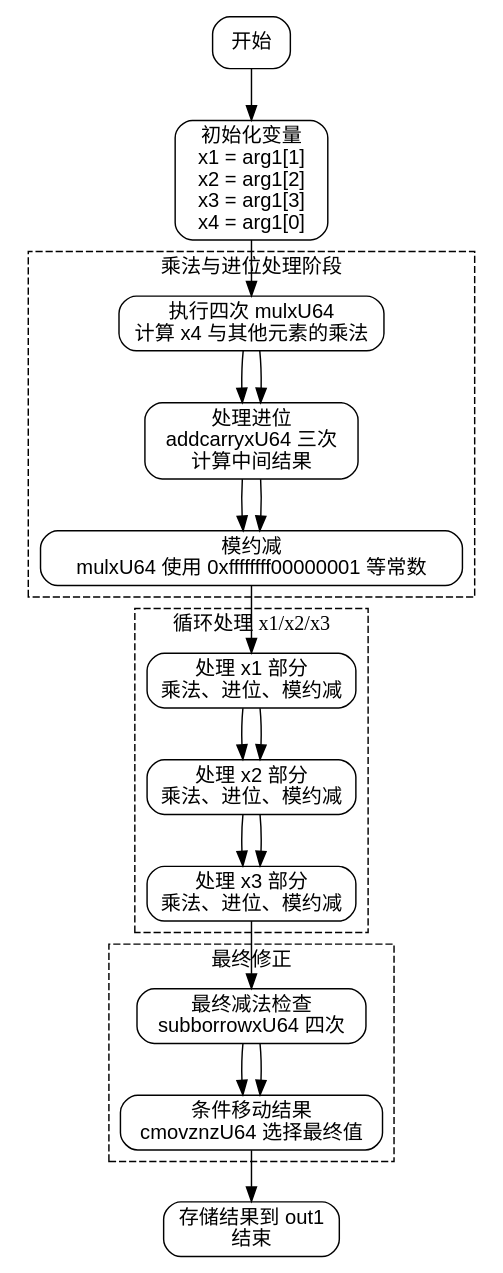
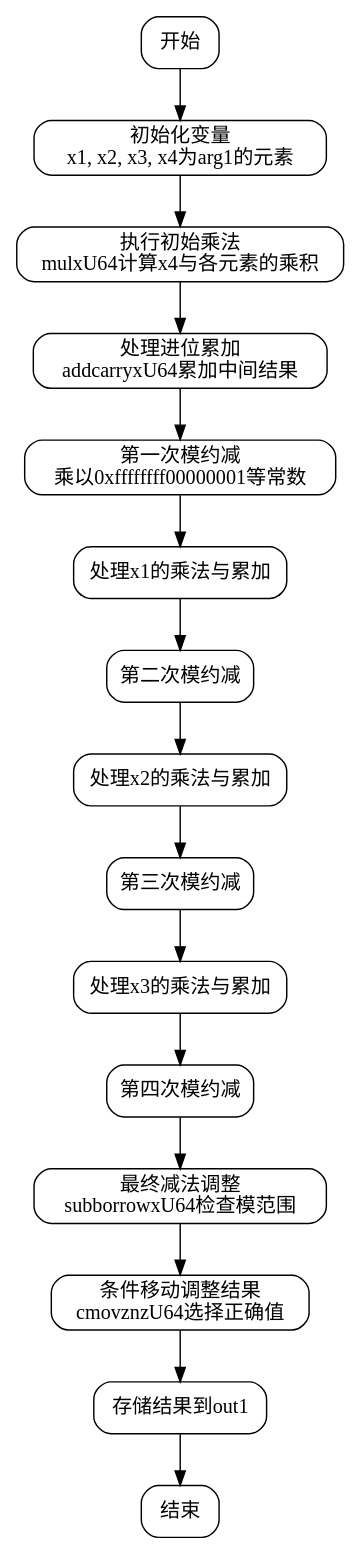
One commit to sdzx-1/deepseek-zig-reader changed the diagram in dot_std/crypto/pcurves/p256/p256_64.zig.square.md. Above: the diagram before and after it, drawn with Graphviz. The commit also changed other lines of this file and 236 other files, not shown here.

````diff
--- a/dot_std/crypto/pcurves/p256/p256_64.zig.square.md
+++ b/dot_std/crypto/pcurves/p256/p256_64.zig.square.md
@@ -21,48 +22,36 @@
 ```dot
-digraph flowchart {
-    node [shape=rectangle, style=rounded, fontname=Helvetica];
-    edge [fontname=Helvetica];
-    
+digraph square_flowchart {
+    node [shape=rectangle, style=rounded];
+
     start [label="开始"];
-    init [label="初始化变量\nx1 = arg1[1]\nx2 = arg1[2]\nx3 = arg1[3]\nx4 = arg1[0]"];
-    mulx1 [label="执行四次 mulxU64\n计算 x4 与其他元素的乘法"];
-    addcarry1 [label="处理进位\naddcarryxU64 三次\n计算中间结果"];
-    mod_reduce1 [label="模约减\nmulxU64 使用 0xffffffff00000001 等常数"];
-    repeat_x1 [label="处理 x1 部分\n乘法、进位、模约减"];
-    repeat_x2 [label="处理 x2 部分\n乘法、进位、模约减"];
-    repeat_x3 [label="处理 x3 部分\n乘法、进位、模约减"];
-    final_sub [label="最终减法检查\nsubborrowxU64 四次"];
-    cmov [label="条件移动结果\ncmovznzU64 选择最终值"];
-    end [label="存储结果到 out1\n结束"];
+    init_vars [label="初始化变量\nx1, x2, x3, x4为arg1的元素"];
+    mul_initial [label="执行初始乘法\nmulxU64计算x4与各元素的乘积"];
+    add_carries1 [label="处理进位累加\naddcarryxU64累加中间结果"];
+    mod_reduction1 [label="第一次模约减\n乘以0xffffffff00000001等常数"];
+    process_x1 [label="处理x1的乘法与累加"];
+    mod_reduction2 [label="第二次模约减"];
+    process_x2 [label="处理x2的乘法与累加"];
+    mod_reduction3 [label="第三次模约减"];
+    process_x3 [label="处理x3的乘法与累加"];
+    mod_reduction4 [label="第四次模约减"];
+    final_sub [label="最终减法调整\nsubborrowxU64检查模范围"];
+    cmov_adj [label="条件移动调整结果\ncmovznzU64选择正确值"];
+    store_result [label="存储结果到out1"];
+    end [label="结束"];
 
-    start -> init;
-    init -> mulx1;
-    mulx1 -> addcarry1;
-    addcarry1 -> mod_reduce1;
-    mod_reduce1 -> repeat_x1;
-    repeat_x1 -> repeat_x2;
-    repeat_x2 -> repeat_x3;
-    repeat_x3 -> final_sub;
-    final_sub -> cmov;
-    cmov -> end;
-    
-    // 详细子步骤示意
-    subgraph cluster_mulx {
-        label="乘法与进位处理阶段";
-        style=dashed;
-        mulx1 -> addcarry1 -> mod_reduce1;
-    }
-    
-    subgraph cluster_repeat {
-        label="循环处理 x1/x2/x3";
-        style=dashed;
-        repeat_x1 -> repeat_x2 -> repeat_x3;
-    }
-    
-    subgraph cluster_final {
-        label="最终修正";
-        style=dashed;
-        final_sub -> cmov;
-    }
+    start -> init_vars;
+    init_vars -> mul_initial;
+    mul_initial -> add_carries1;
+    add_carries1 -> mod_reduction1;
+    mod_reduction1 -> process_x1;
+    process_x1 -> mod_reduction2;
+    mod_reduction2 -> process_x2;
+    process_x2 -> mod_reduction3;
+    mod_reduction3 -> process_x3;
+    process_x3 -> mod_reduction4;
+    mod_reduction4 -> final_sub;
+    final_sub -> cmov_adj;
+    cmov_adj -> store_result;
+    store_result -> end;
 }
 ```
````
